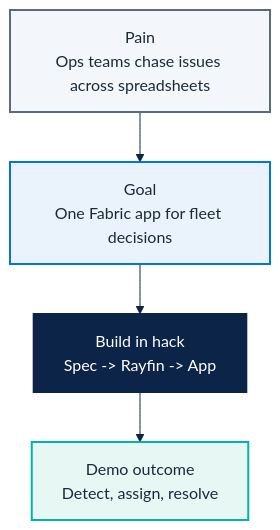
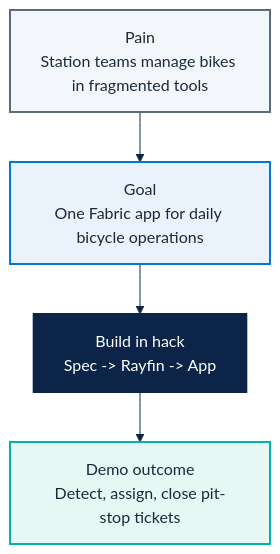
One commit to fredgis/FY27FabricMotion changed the diagram in docs/microhack-1-business-apps-workbook.md. Above: the diagram before and after it, drawn with Mermaid. The commit also changed other lines of this file and 27 other files, not shown here.

First line of the commit message:
refactor(scenario1): redesign business app as Helios Bicycle

````diff
--- a/docs/microhack-1-business-apps-workbook.md
+++ b/docs/microhack-1-business-apps-workbook.md
@@ -10,21 +10,21 @@
 ```mermaid
 %%{init: {'theme':'base','themeVariables':{
   'primaryColor':'#EAF3FB',
   'primaryTextColor':'#1B2A3A',
   'primaryBorderColor':'#0078D4',
   'lineColor':'#0B2447',
   'secondaryColor':'#E6F7F4'
 }}}%%
 flowchart TB
-    P["Pain<br/>Ops teams chase issues across spreadsheets"] --> G["Goal<br/>One Fabric app for fleet decisions"]
+    P["Pain<br/>Station teams manage bikes in fragmented tools"] --> G["Goal<br/>One Fabric app for daily bicycle operations"]
     G --> B["Build in hack<br/>Spec -> Rayfin -> App"]
-    B --> D["Demo outcome<br/>Detect, assign, resolve"]
+    B --> D["Demo outcome<br/>Detect, assign, close pit-stop tickets"]
     classDef p fill:#F3F7FB,stroke:#5B6B7B,color:#1B2A3A,stroke-width:2px;
     classDef g fill:#EAF3FB,stroke:#0078D4,color:#1B2A3A,stroke-width:2px;
     classDef b fill:#0B2447,stroke:#0B2447,color:#FFFFFF,stroke-width:2px;
     classDef d fill:#E6F7F4,stroke:#00B4A6,color:#1B2A3A,stroke-width:2px;
     class P p;
     class G g;
     class B b;
     class D d;
 ```
````
